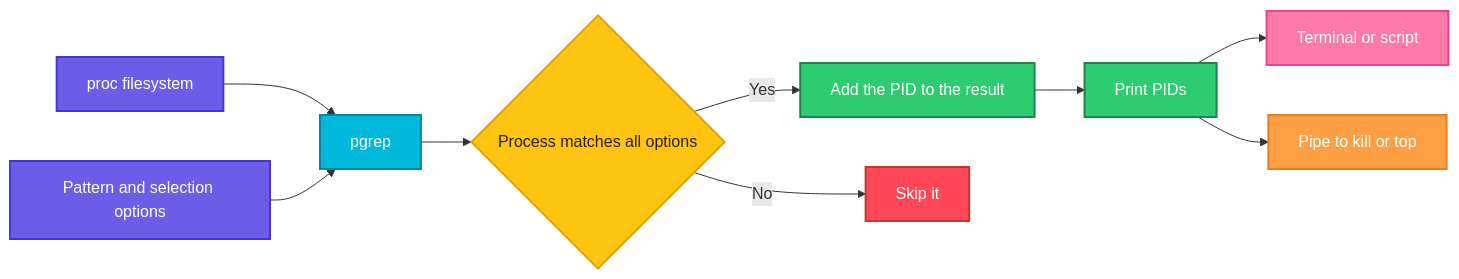
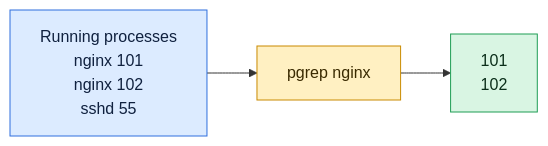
One commit to codeKerdosTech/DevOps-Documentation changed the diagram in linux/process-management/pgrep.md. Above: the diagram before and after it, drawn with Mermaid. The commit also changed other lines of this file and 165 other files, not shown here.

Commit message:
updated diagrams in linux

````diff
--- a/linux/process-management/pgrep.md
+++ b/linux/process-management/pgrep.md
@@ -23,25 +23,13 @@
 ```mermaid
 flowchart LR
-    A[proc filesystem] --> B[pgrep]
-    C[Pattern and selection options] --> B
-    B --> D{Process matches all options}
-    D -->|Yes| E[Add the PID to the result]
-    D -->|No| F[Skip it]
-    E --> G[Print PIDs]
-    G --> H[Terminal or script]
-    G --> I[Pipe to kill or top]
-    classDef start fill:#6C5CE7,stroke:#4834D4,stroke-width:2px,color:#fff
-    classDef proc fill:#00B8D9,stroke:#0087A8,stroke-width:2px,color:#fff
-    classDef dec fill:#FFC312,stroke:#E1A100,stroke-width:2px,color:#222
-    classDef ok fill:#2ECC71,stroke:#1E8449,stroke-width:2px,color:#fff
-    classDef err fill:#FF4757,stroke:#C0392B,stroke-width:2px,color:#fff
-    classDef out fill:#FD79A8,stroke:#E84393,stroke-width:2px,color:#fff
-    classDef alt fill:#FF9F43,stroke:#E67E22,stroke-width:2px,color:#fff
-    class A,C start
-    class B proc
-    class D dec
-    class E,G ok
-    class F err
-    class H out
-    class I alt
+    i1[Running processes<br/>nginx 101<br/>nginx 102<br/>sshd 55] --> c1[pgrep nginx]
+    c1 --> o1[101<br/>102]
+    classDef inp fill:#DCEBFF,stroke:#2F6FDE,color:#10213F
+    classDef cmd fill:#FFF0C2,stroke:#C98A00,color:#3A2A00
+    classDef out fill:#D9F5E3,stroke:#1F9D55,color:#0B2E1A
+    classDef bad fill:#FDE0E0,stroke:#D13B3B,color:#4A0F0F
+    classDef note fill:#ECEFF3,stroke:#7B8794,color:#1F2933
+    class i1 inp
+    class c1 cmd
+    class o1 out
 ```
````
